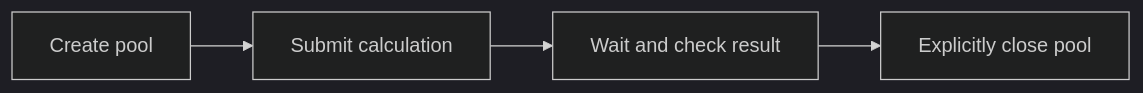
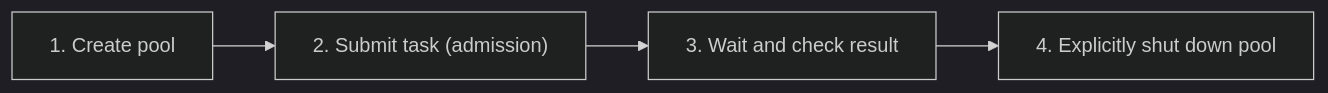
The diagram in docs/USAGE.md (HuangX666/hx_c_platform), drawn with Mermaid (dark theme) before and after one commit. The commit also changed other lines of this file and 135 other files, not shown here.

````diff
--- a/docs/USAGE.md
+++ b/docs/USAGE.md
@@ -596,6 +617,6 @@
 ```mermaid
 flowchart LR
-    A["Create pool"] --> B["Submit calculation"]
-    B --> C["Wait and check result"]
-    C --> D["Explicitly close pool"]
+    A["1. Create pool"] --> B["2. Submit task (admission)"]
+    B --> C["3. Wait and check result"]
+    C --> D["4. Explicitly shut down pool"]
 ```
````
